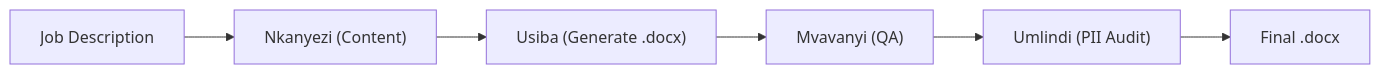
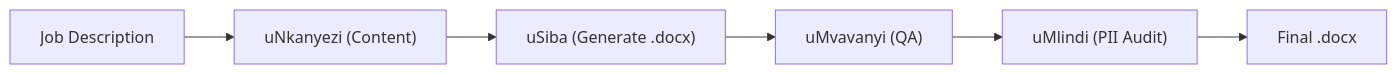
One commit to jubhele/DevWork changed the diagram in JS_Resume/docs/system_architecture.md. Above: the diagram before and after it, drawn with Mermaid. The commit also changed 130 other files, not shown here.

````diff
--- a/JS_Resume/docs/system_architecture.md
+++ b/JS_Resume/docs/system_architecture.md
@@ -16,8 +16,8 @@
 ```mermaid
 graph LR
-    Brief["Job Description"] --> Nkanyezi["Nkanyezi (Content)"]
-    Nkanyezi --> Usiba["Usiba (Generate .docx)"]
-    Usiba --> Mvavanyi["Mvavanyi (QA)"]
-    Mvavanyi --> Umlindi["Umlindi (PII Audit)"]
-    Umlindi --> Output["Final .docx"]
+    Brief["Job Description"] --> uNkanyezi["uNkanyezi (Content)"]
+    uNkanyezi --> uSiba["uSiba (Generate .docx)"]
+    uSiba --> uMvavanyi["uMvavanyi (QA)"]
+    uMvavanyi --> uMlindi["uMlindi (PII Audit)"]
+    uMlindi --> Output["Final .docx"]
 ```
````
